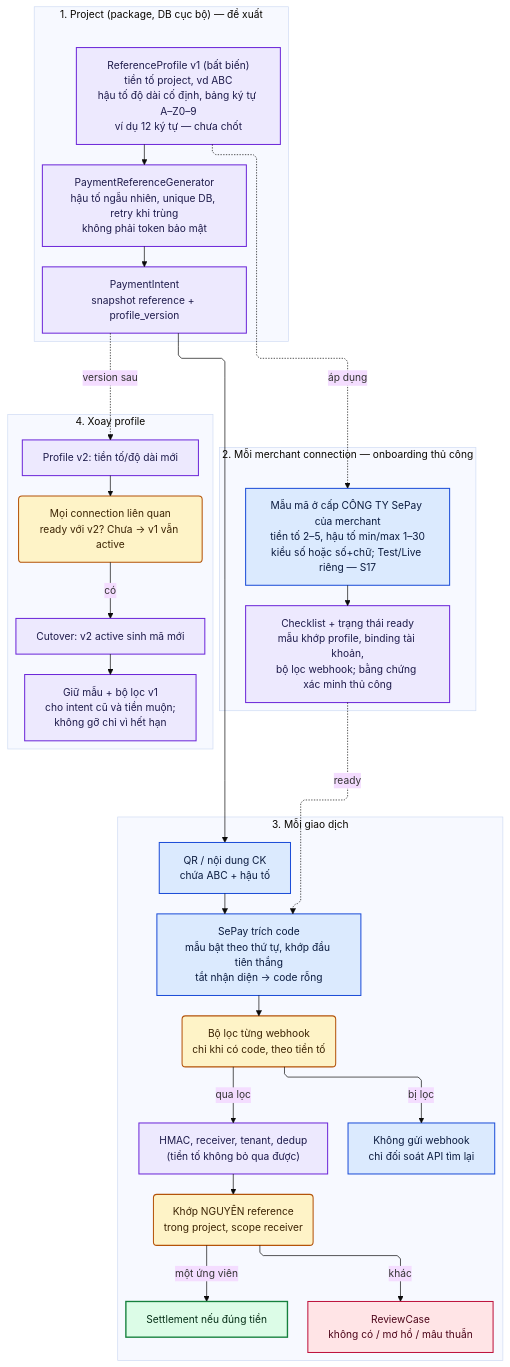
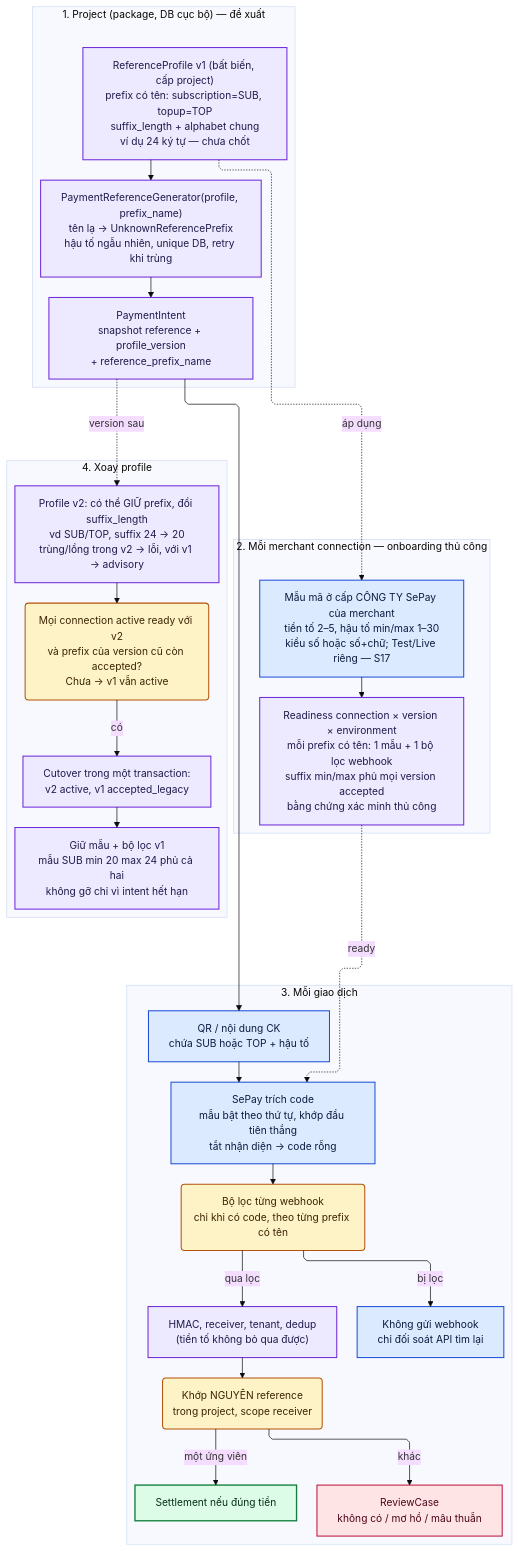
Before and after one commit to phanhaitrieu37/payment-modules: the diagram in diagrams/13-reference-pattern-lifecycle.md, drawn with Mermaid. The commit also changed other lines of this file and 19 other files, not shown here.

First line of the commit message:
docs: reconcile design with accepted observation and binding model

````diff
--- a/diagrams/13-reference-pattern-lifecycle.md
+++ b/diagrams/13-reference-pattern-lifecycle.md
@@ -14,68 +18,68 @@
 ```mermaid
 ---
 config:
   theme: base
   fontFamily: Arial, Helvetica, sans-serif
   layout: elk
   flowchart:
     curve: linear
     nodeSpacing: 50
     rankSpacing: 70
     diagramPadding: 32
     wrappingWidth: 240
   themeVariables:
     fontFamily: "Arial, Helvetica, sans-serif"
     fontSize: 15px
 ---
 flowchart TB
   subgraph CFG["1. Project (package, DB cục bộ) — đề xuất"]
     direction TB
-    PR["ReferenceProfile v1 (bất biến)<br/>tiền tố project, vd ABC<br/>hậu tố độ dài cố định, bảng ký tự A–Z0–9<br/>ví dụ 12 ký tự — chưa chốt"]
-    GEN["PaymentReferenceGenerator<br/>hậu tố ngẫu nhiên, unique DB, retry khi trùng<br/>không phải token bảo mật"]
-    INT["PaymentIntent<br/>snapshot reference + profile_version"]
+    PR["ReferenceProfile v1 (bất biến, cấp project)<br/>prefix có tên: subscription=SUB, topup=TOP<br/>suffix_length + alphabet chung<br/>ví dụ 24 ký tự — chưa chốt"]
+    GEN["PaymentReferenceGenerator(profile, prefix_name)<br/>tên lạ → UnknownReferencePrefix<br/>hậu tố ngẫu nhiên, unique DB, retry khi trùng"]
+    INT["PaymentIntent<br/>snapshot reference + profile_version<br/>+ reference_prefix_name"]
   end
   subgraph MER["2. Mỗi merchant connection — onboarding thủ công"]
     direction TB
     TPL["Mẫu mã ở cấp CÔNG TY SePay của merchant<br/>tiền tố 2–5, hậu tố min/max 1–30<br/>kiểu số hoặc số+chữ; Test/Live riêng — S17"]
-    CHK["Checklist + trạng thái ready<br/>mẫu khớp profile, binding tài khoản,<br/>bộ lọc webhook; bằng chứng xác minh thủ công"]
+    CHK["Readiness connection × version × environment<br/>mỗi prefix có tên: 1 mẫu + 1 bộ lọc webhook<br/>suffix min/max phủ mọi version accepted<br/>bằng chứng xác minh thủ công"]
   end
   subgraph RUN["3. Mỗi giao dịch"]
     direction TB
-    QR["QR / nội dung CK<br/>chứa ABC + hậu tố"]
+    QR["QR / nội dung CK<br/>chứa SUB hoặc TOP + hậu tố"]
     EXT["SePay trích code<br/>mẫu bật theo thứ tự, khớp đầu tiên thắng<br/>tắt nhận diện → code rỗng"]
-    FIL("Bộ lọc từng webhook<br/>chỉ khi có code, theo tiền tố")
+    FIL("Bộ lọc từng webhook<br/>chỉ khi có code, theo từng prefix có tên")
     DROP["Không gửi webhook<br/>chỉ đối soát API tìm lại"]
     VER["HMAC, receiver, tenant, dedup<br/>(tiền tố không bỏ qua được)"]
     MAT("Khớp NGUYÊN reference<br/>trong project, scope receiver")
     OK["Settlement nếu đúng tiền"]
     REV["ReviewCase<br/>không có / mơ hồ / mâu thuẫn"]
   end
   subgraph ROT["4. Xoay profile"]
     direction TB
-    V2["Profile v2: tiền tố/độ dài mới"]
-    GATE("Mọi connection liên quan<br/>ready với v2? Chưa → v1 vẫn active")
-    CUT["Cutover: v2 active sinh mã mới"]
-    KEEP["Giữ mẫu + bộ lọc v1<br/>cho intent cũ và tiền muộn;<br/>không gỡ chỉ vì hết hạn"]
+    V2["Profile v2: có thể GIỮ prefix, đổi suffix_length<br/>vd SUB/TOP, suffix 24 → 20<br/>trùng/lồng trong v2 → lỗi, với v1 → advisory"]
+    GATE("Mọi connection active ready với v2<br/>và prefix của version cũ còn accepted?<br/>Chưa → v1 vẫn active")
+    CUT["Cutover trong một transaction:<br/>v2 active, v1 accepted_legacy"]
+    KEEP["Giữ mẫu + bộ lọc v1<br/>mẫu SUB min 20 max 24 phủ cả hai<br/>không gỡ chỉ vì intent hết hạn"]
   end
   PR --> GEN --> INT --> QR --> EXT --> FIL
   PR -.->|"áp dụng"| TPL --> CHK
   CHK -.->|"ready"| EXT
   FIL -->|"qua lọc"| VER --> MAT
   FIL -->|"bị lọc"| DROP
   MAT -->|"một ứng viên"| OK
   MAT -->|"khác"| REV
   INT -.->|"version sau"| V2
   V2 --> GATE
   GATE -->|"có"| CUT
   CUT --> KEEP
   classDef prop fill:#ede9fe,stroke:#6d28d9,color:#1e1b4b,stroke-width:1.5px;
   classDef ext fill:#dbeafe,stroke:#1d4ed8,color:#0b1b3f,stroke-width:1.5px;
   classDef ok fill:#dcfce7,stroke:#15803d,color:#052e16,stroke-width:2px;
   classDef bad fill:#ffe4e6,stroke:#be123c,color:#4c0519,stroke-width:1.5px;
   classDef gate fill:#fef3c7,stroke:#b45309,color:#3b2303,stroke-width:1.5px;
   class PR,GEN,INT,CHK,V2,CUT,KEEP,VER prop;
   class TPL,QR,EXT,DROP ext;
   class OK ok;
   class REV bad;
   class FIL,MAT,GATE gate;
 ```
````
